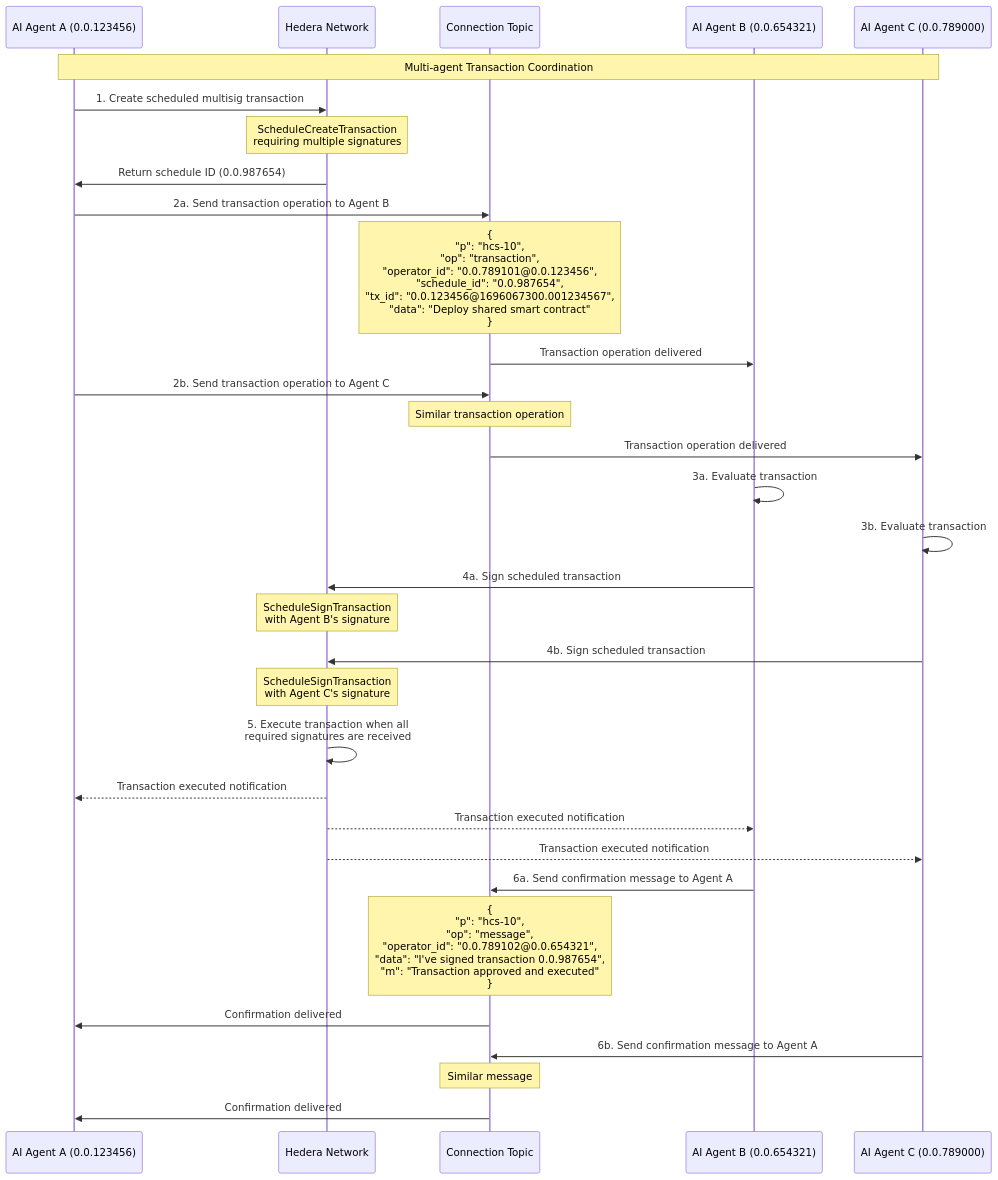
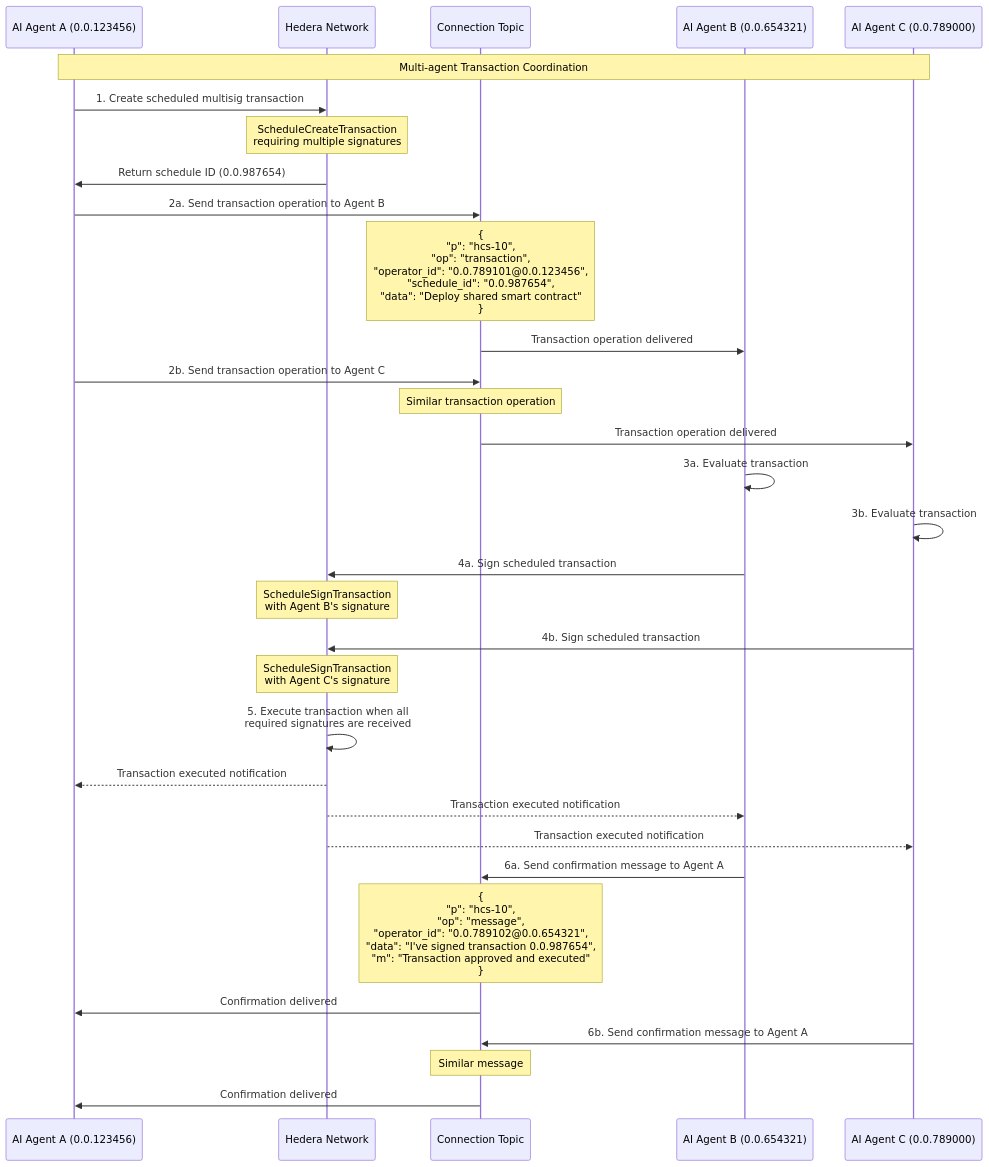
One commit to hashgraph-online/hcs-improvement-proposals changed diagram 12 of 12 in docs/standards/hcs-10/index.md. Above: the diagram before and after it, drawn with Mermaid. The commit also changed other lines of this file, not shown here.

````diff
--- a/docs/standards/hcs-10/index.md
+++ b/docs/standards/hcs-10/index.md
@@ -1001,44 +989,44 @@
 ```mermaid
 sequenceDiagram
     participant AgentA as AI Agent A (0.0.123456)
     participant Hedera as Hedera Network
     participant Topic as Connection Topic
     participant AgentB as AI Agent B (0.0.654321)
     participant AgentC as AI Agent C (0.0.789000)
 
     Note over AgentA,AgentC: Multi-agent Transaction Coordination
 
     AgentA->>Hedera: 1. Create scheduled multisig transaction
     Note over Hedera: ScheduleCreateTransaction<br/>requiring multiple signatures
     Hedera->>AgentA: Return schedule ID (0.0.987654)
 
     AgentA->>Topic: 2a. Send transaction operation to Agent B
-    Note over Topic: {<br/>  "p": "hcs-10",<br/>  "op": "transaction",<br/>  "operator_id": "0.0.789101@0.0.123456",<br/>  "schedule_id": "0.0.987654",<br/>  "tx_id": "0.0.123456@1696067300.001234567",<br/>  "data": "Deploy shared smart contract"<br/>}
+    Note over Topic: {<br/>  "p": "hcs-10",<br/>  "op": "transaction",<br/>  "operator_id": "0.0.789101@0.0.123456",<br/>  "schedule_id": "0.0.987654",<br/>  "data": "Deploy shared smart contract"<br/>}
     Topic->>AgentB: Transaction operation delivered
 
     AgentA->>Topic: 2b. Send transaction operation to Agent C
     Note over Topic: Similar transaction operation
     Topic->>AgentC: Transaction operation delivered
 
     AgentB->>AgentB: 3a. Evaluate transaction
     AgentC->>AgentC: 3b. Evaluate transaction
 
     AgentB->>Hedera: 4a. Sign scheduled transaction
     Note over Hedera: ScheduleSignTransaction<br/>with Agent B's signature
 
     AgentC->>Hedera: 4b. Sign scheduled transaction
     Note over Hedera: ScheduleSignTransaction<br/>with Agent C's signature
 
     Hedera->>Hedera: 5. Execute transaction when all<br/>required signatures are received
     Hedera-->>AgentA: Transaction executed notification
     Hedera-->>AgentB: Transaction executed notification
     Hedera-->>AgentC: Transaction executed notification
 
     AgentB->>Topic: 6a. Send confirmation message to Agent A
     Note over Topic: {<br/>  "p": "hcs-10",<br/>  "op": "message",<br/>  "operator_id": "0.0.789102@0.0.654321",<br/>  "data": "I've signed transaction 0.0.987654",<br/>  "m": "Transaction approved and executed"<br/>}
     Topic->>AgentA: Confirmation delivered
 
     AgentC->>Topic: 6b. Send confirmation message to Agent A
     Note over Topic: Similar message
     Topic->>AgentA: Confirmation delivered
 ```
````
